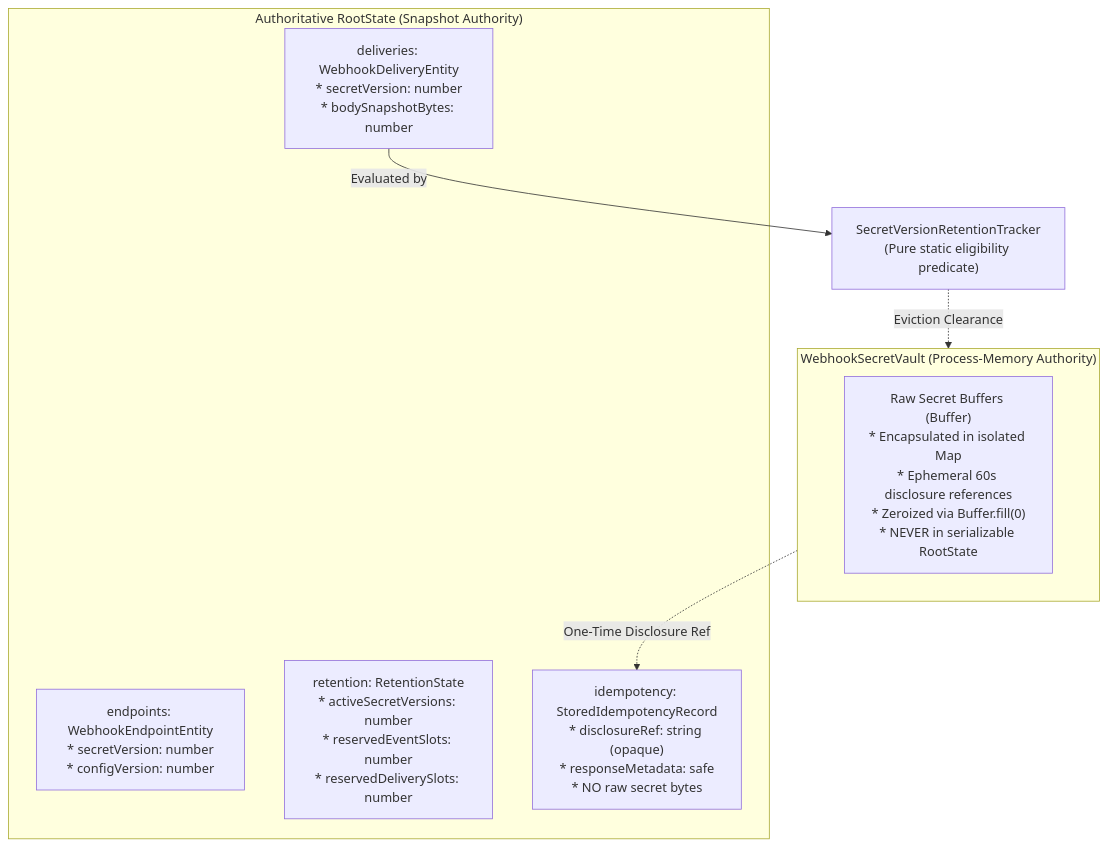
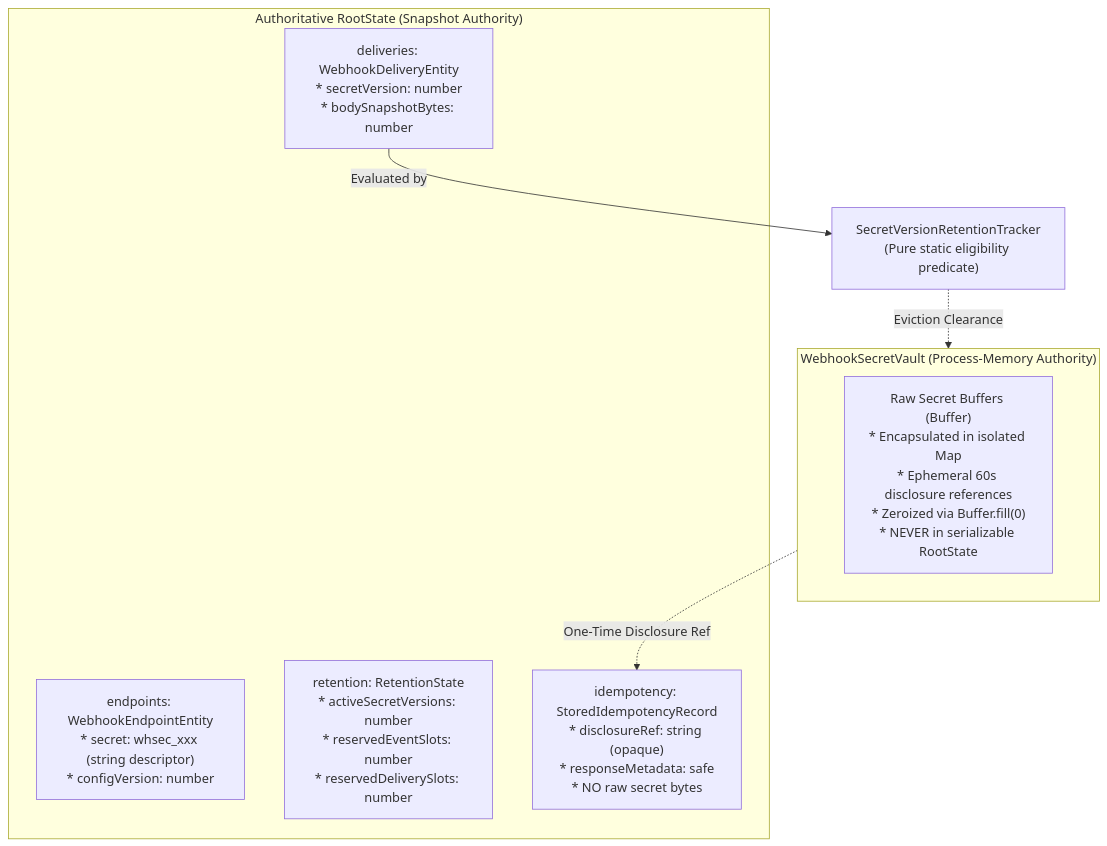
The second of 2 diagrams in docs/PHASE_03_3_2_2_FINAL_VERIFICATION.md (ManojDevHub1/paysim), drawn with Mermaid before and after one commit. The commit also changed other lines of this file and 11 other files, not shown here.

````diff
--- a/docs/PHASE_03_3_2_2_FINAL_VERIFICATION.md
+++ b/docs/PHASE_03_3_2_2_FINAL_VERIFICATION.md
@@ -51,17 +75,17 @@
 ```mermaid
 graph TD
     subgraph CryptoVault ["WebhookSecretVault (Process-Memory Authority)"]
         RawBuf["Raw Secret Buffers (Buffer)\n* Encapsulated in isolated Map\n* Ephemeral 60s disclosure references\n* Zeroized via Buffer.fill(0)\n* NEVER in serializable RootState"]
     end
 
     subgraph StateContainer ["Authoritative RootState (Snapshot Authority)"]
-        Endpoints["endpoints: WebhookEndpointEntity\n* secretVersion: number\n* configVersion: number"]
+        Endpoints["endpoints: WebhookEndpointEntity\n* secret: whsec_xxx (string descriptor)\n* configVersion: number"]
         Deliveries["deliveries: WebhookDeliveryEntity\n* secretVersion: number\n* bodySnapshotBytes: number"]
         Retention["retention: RetentionState\n* activeSecretVersions: number\n* reservedEventSlots: number\n* reservedDeliverySlots: number"]
         Idemp["idempotency: StoredIdempotencyRecord\n* disclosureRef: string (opaque)\n* responseMetadata: safe\n* NO raw secret bytes"]
     end
 
     CryptoVault -.->|One-Time Disclosure Ref| Idemp
     Deliveries -->|Evaluated by| Tracker["SecretVersionRetentionTracker\n(Pure static eligibility predicate)"]
     Tracker -.->|Eviction Clearance| CryptoVault
 ```
````
